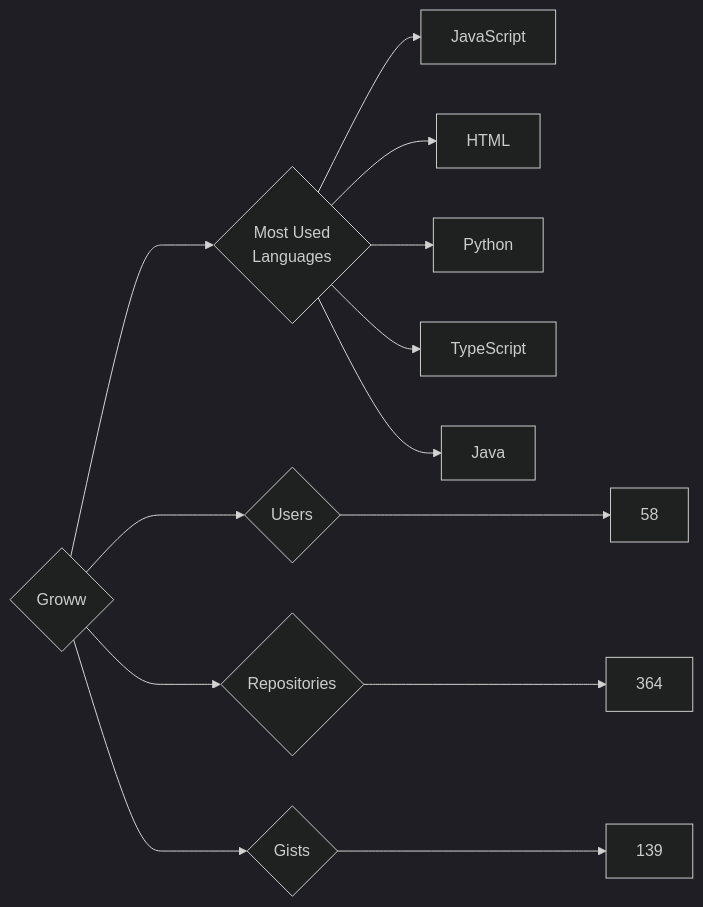
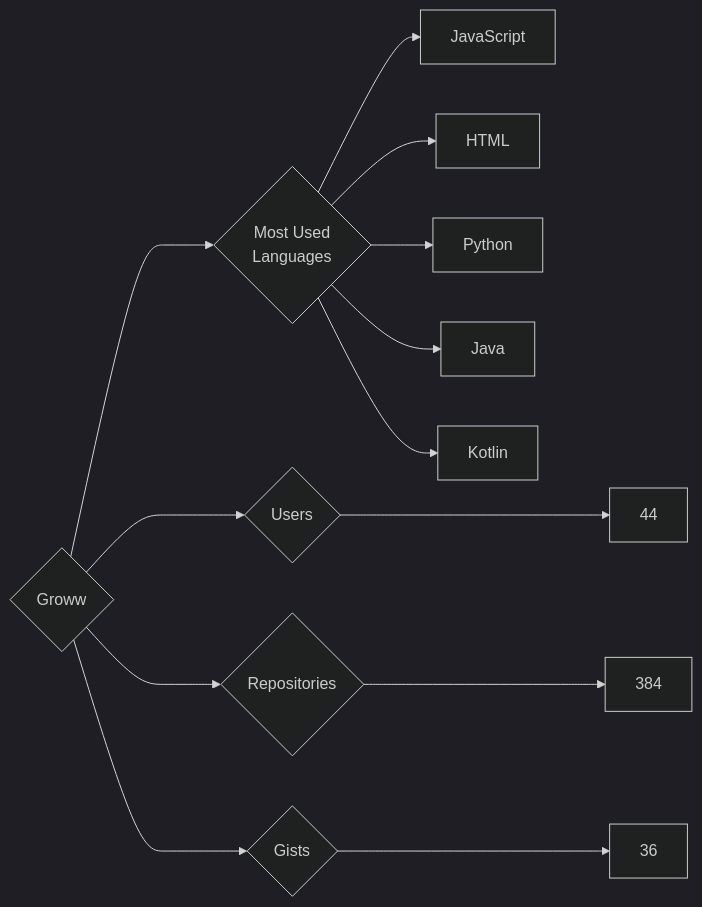
The diagram in targets/Groww/README.md (trickest/insiders), drawn with Mermaid (dark theme) before and after one commit. The commit also changed 682 other files, not shown here.

````diff
--- a/targets/Groww/README.md
+++ b/targets/Groww/README.md
@@ -3,13 +3,13 @@
 ```mermaid
 graph LR
 COMPANY_NAME{Groww}
-COMPANY_NAME ---> U{Users} ---> UN[58]
-COMPANY_NAME ---> R{Repositories} ---> RN[364]
-COMPANY_NAME ---> G{Gists} ---> GN[139]
+COMPANY_NAME ---> U{Users} ---> UN[44]
+COMPANY_NAME ---> R{Repositories} ---> RN[384]
+COMPANY_NAME ---> G{Gists} ---> GN[36]
 COMPANY_NAME ---> ML{Most Used<br>Languages}
 ML --> JavaScript[JavaScript]
 ML --> HTML[HTML]
 ML --> Python[Python]
-ML --> TypeScript[TypeScript]
 ML --> Java[Java]
+ML --> Kotlin[Kotlin]
 ```
````
